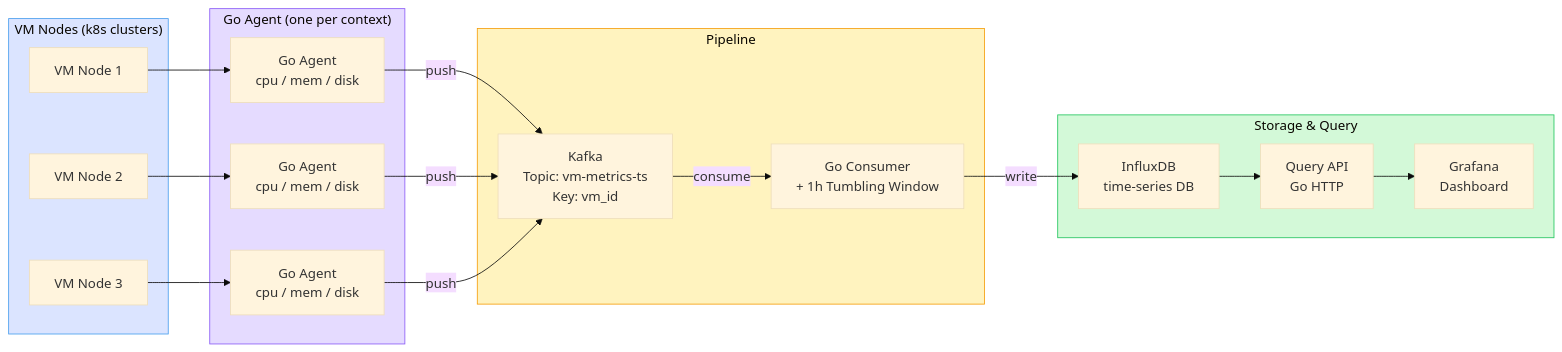
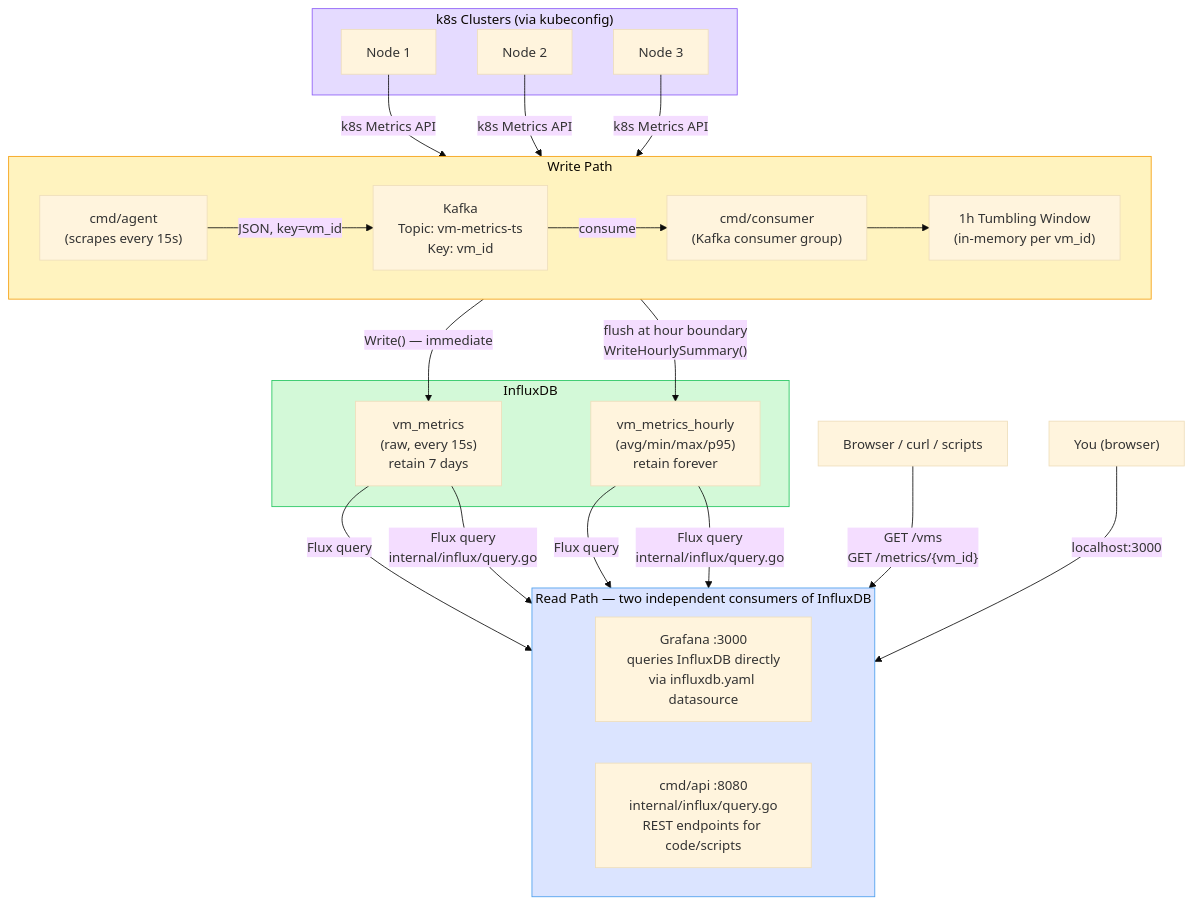
The diagram in DOCS/design.md (siqiliu18/vm-metrics-collector), drawn with Mermaid (base theme) before and after one commit.

Commit message:
update diagram

````diff
--- a/DOCS/design.md
+++ b/DOCS/design.md
@@ -17,43 +17,48 @@
 ```mermaid
-flowchart LR
-    subgraph VMs["VM Nodes (k8s clusters)"]
-        vm1["VM Node 1"]
-        vm2["VM Node 2"]
-        vm3["VM Node 3"]
+flowchart TB
+    subgraph k8s["k8s Clusters (via kubeconfig)"]
+        vm1["Node 1"]
+        vm2["Node 2"]
+        vm3["Node 3"]
     end
 
-    subgraph Agents["Go Agent (one per context)"]
-        ag1["Go Agent\ncpu / mem / disk"]
-        ag2["Go Agent\ncpu / mem / disk"]
-        ag3["Go Agent\ncpu / mem / disk"]
+    subgraph write_path["Write Path"]
+        direction LR
+        agent["cmd/agent\n(scrapes every 15s)"]
+        kafka["Kafka\nTopic: vm-metrics-ts\nKey: vm_id"]
+        consumer["cmd/consumer\n(Kafka consumer group)"]
+        window["1h Tumbling Window\n(in-memory per vm_id)"]
     end
 
-    subgraph Pipeline["Pipeline"]
-        kafka["Kafka\nTopic: vm-metrics-ts\nKey: vm_id"]
-        consumer["Go Consumer\n+ 1h Tumbling Window"]
+    subgraph storage["InfluxDB"]
+        raw["vm_metrics\n(raw, every 15s)\nretain 7 days"]
+        hourly["vm_metrics_hourly\n(avg/min/max/p95)\nretain forever"]
     end
 
-    subgraph Storage["Storage & Query"]
-        influx["InfluxDB\ntime-series DB"]
-        api["Query API\nGo HTTP"]
-        grafana["Grafana\nDashboard"]
+    subgraph read_path["Read Path — two independent consumers of InfluxDB"]
+        direction LR
+        grafana["Grafana :3000\nqueries InfluxDB directly\nvia influxdb.yaml datasource"]
+        api["cmd/api :8080\ninternal/influx/query.go\nREST endpoints for code/scripts"]
     end
 
-    vm1 --> ag1
-    vm2 --> ag2
-    vm3 --> ag3
+    browser["Browser / curl / scripts"]
+    you["You (browser)"]
 
-    ag1 -->|push| kafka
-    ag2 -->|push| kafka
-    ag3 -->|push| kafka
+    vm1 & vm2 & vm3 -->|"k8s Metrics API"| agent
+    agent -->|"JSON, key=vm_id"| kafka
+    kafka -->|consume| consumer
+    consumer -->|"Write() — immediate"| raw
+    consumer --> window
+    window -->|"flush at hour boundary\nWriteHourlySummary()"| hourly
 
-    kafka -->|consume| consumer
-    consumer -->|write| influx
-    influx --> api
-    api --> grafana
+    raw & hourly -->|Flux query| grafana
+    raw & hourly -->|Flux query\ninternal/influx/query.go| api
 
-    style VMs fill:#dbe4ff,stroke:#4a9eed
-    style Agents fill:#e5dbff,stroke:#8b5cf6
-    style Pipeline fill:#fff3bf,stroke:#f59e0b
-    style Storage fill:#d3f9d8,stroke:#22c55e
+    you -->|"localhost:3000"| grafana
+    browser -->|"GET /vms\nGET /metrics/{vm_id}"| api
+
+    style write_path fill:#fff3bf,stroke:#f59e0b
+    style storage fill:#d3f9d8,stroke:#22c55e
+    style read_path fill:#dbe4ff,stroke:#4a9eed
+    style k8s fill:#e5dbff,stroke:#8b5cf6
 ```
````
